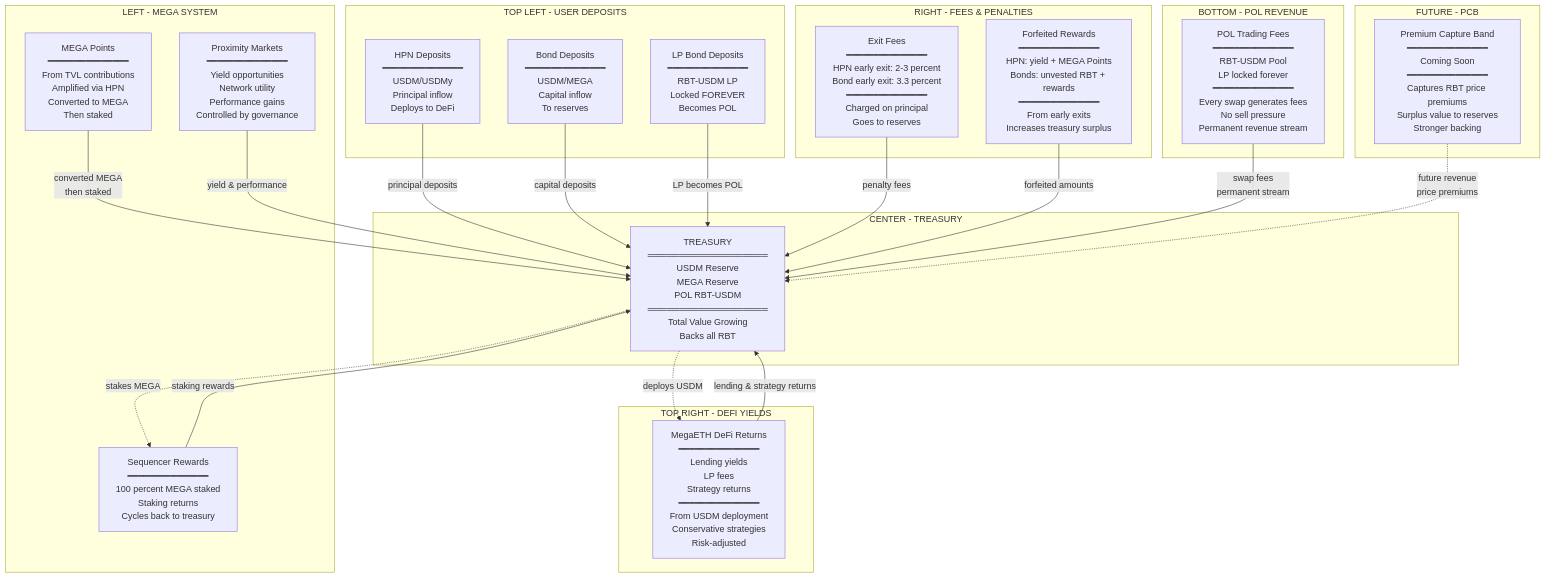
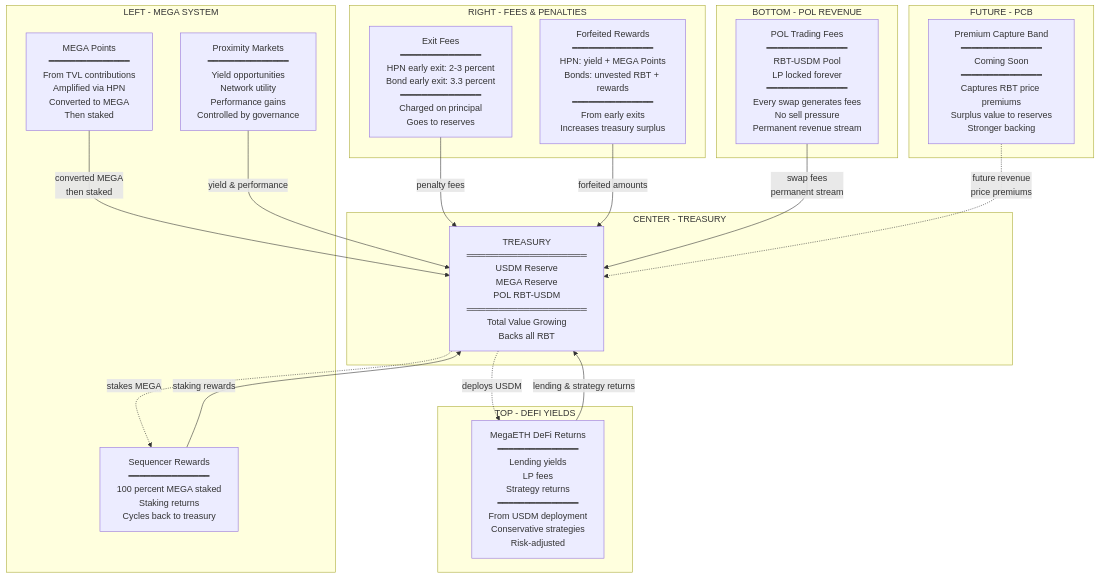
One commit to 0xJaehaerys/ohmega changed the seventh of 7 diagrams in blackhaven-complete-system.md. Above: the diagram before and after it, drawn with Mermaid.

Commit message:
Remove user deposits from treasury revenue diagram - focus only on how treasury earns

````diff
--- a/blackhaven-complete-system.md
+++ b/blackhaven-complete-system.md
@@ -375,60 +375,48 @@
 ```mermaid
 graph TB
     subgraph "CENTER - TREASURY"
         TREASURY[TREASURY<br/>═══════════════════<br/>USDM Reserve<br/>MEGA Reserve<br/>POL RBT-USDM<br/>═══════════════════<br/>Total Value Growing<br/>Backs all RBT]
     end
     
-    subgraph "TOP LEFT - USER DEPOSITS"
-        HPN_DEP[HPN Deposits<br/>━━━━━━━━━━━━━━━<br/>USDM/USDMy<br/>Principal inflow<br/>Deploys to DeFi]
-        
-        BOND_DEP[Bond Deposits<br/>━━━━━━━━━━━━━━━<br/>USDM/MEGA<br/>Capital inflow<br/>To reserves]
-        
-        LP_DEP[LP Bond Deposits<br/>━━━━━━━━━━━━━━━<br/>RBT-USDM LP<br/>Locked FOREVER<br/>Becomes POL]
-    end
-    
-    subgraph "TOP RIGHT - DEFI YIELDS"
+    subgraph "TOP - DEFI YIELDS"
         DEFI_YIELD[MegaETH DeFi Returns<br/>━━━━━━━━━━━━━━━<br/>Lending yields<br/>LP fees<br/>Strategy returns<br/>━━━━━━━━━━━━━━━<br/>From USDM deployment<br/>Conservative strategies<br/>Risk-adjusted]
     end
     
     subgraph "LEFT - MEGA SYSTEM"
         SEQ_REWARDS[Sequencer Rewards<br/>━━━━━━━━━━━━━━━<br/>100 percent MEGA staked<br/>Staking returns<br/>Cycles back to treasury]
         
         MEGA_PTS[MEGA Points<br/>━━━━━━━━━━━━━━━<br/>From TVL contributions<br/>Amplified via HPN<br/>Converted to MEGA<br/>Then staked]
         
         PROXIMITY_YIELD[Proximity Markets<br/>━━━━━━━━━━━━━━━<br/>Yield opportunities<br/>Network utility<br/>Performance gains<br/>Controlled by governance]
     end
     
     subgraph "RIGHT - FEES & PENALTIES"
         EXIT_FEES_DETAIL[Exit Fees<br/>━━━━━━━━━━━━━━━<br/>HPN early exit: 2-3 percent<br/>Bond early exit: 3.3 percent<br/>━━━━━━━━━━━━━━━<br/>Charged on principal<br/>Goes to reserves]
         
         FORFEIT_DETAIL[Forfeited Rewards<br/>━━━━━━━━━━━━━━━<br/>HPN: yield + MEGA Points<br/>Bonds: unvested RBT + rewards<br/>━━━━━━━━━━━━━━━<br/>From early exits<br/>Increases treasury surplus]
     end
     
     subgraph "BOTTOM - POL REVENUE"
         POL_TRADING[POL Trading Fees<br/>━━━━━━━━━━━━━━━<br/>RBT-USDM Pool<br/>LP locked forever<br/>━━━━━━━━━━━━━━━<br/>Every swap generates fees<br/>No sell pressure<br/>Permanent revenue stream]
     end
     
     subgraph "FUTURE - PCB"
         PCB_FUTURE[Premium Capture Band<br/>━━━━━━━━━━━━━━━<br/>Coming Soon<br/>━━━━━━━━━━━━━━━<br/>Captures RBT price premiums<br/>Surplus value to reserves<br/>Stronger backing]
     end
     
-    HPN_DEP -->|principal deposits| TREASURY
-    BOND_DEP -->|capital deposits| TREASURY
-    LP_DEP -->|LP becomes POL| TREASURY
-    
     DEFI_YIELD -->|lending & strategy returns| TREASURY
     
     SEQ_REWARDS -->|staking rewards| TREASURY
     MEGA_PTS -->|converted MEGA<br/>then staked| TREASURY
     PROXIMITY_YIELD -->|yield & performance| TREASURY
     
     EXIT_FEES_DETAIL -->|penalty fees| TREASURY
     FORFEIT_DETAIL -->|forfeited amounts| TREASURY
     
     POL_TRADING -->|swap fees<br/>permanent stream| TREASURY
     
     PCB_FUTURE -.->|future revenue<br/>price premiums| TREASURY
     
     TREASURY -.->|deploys USDM| DEFI_YIELD
     TREASURY -.->|stakes MEGA| SEQ_REWARDS
 ```
````
